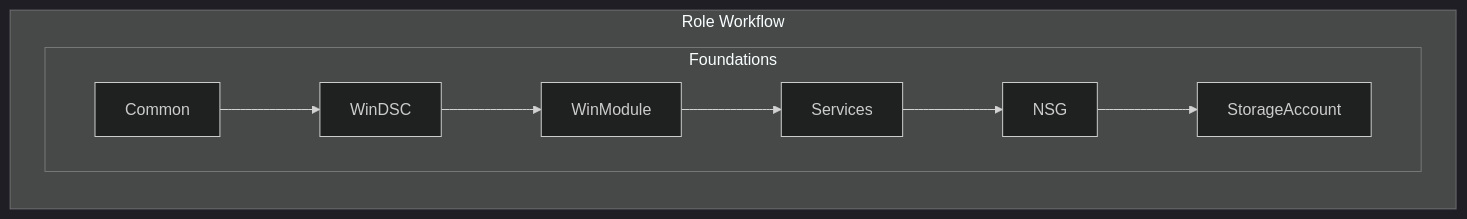
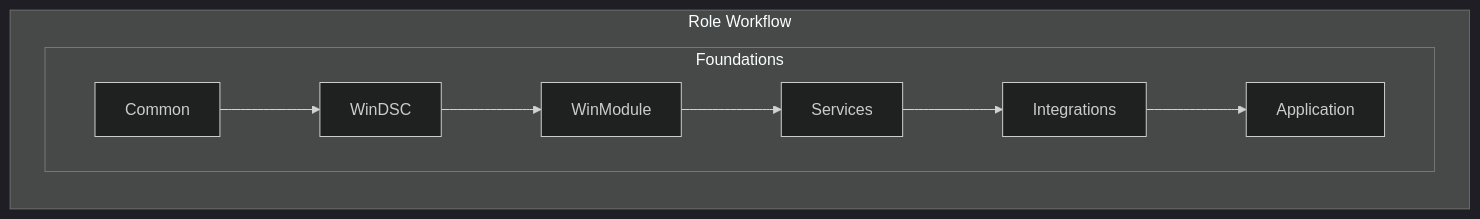
Before and after one commit to slagathor34/awx-lab: the diagram in ansible-WinRM-lab/README.md, drawn with Mermaid (dark theme). The commit also changed 1 other file, not shown here.

Commit message:
Update application and README

````diff
--- a/ansible-WinRM-lab/README.md
+++ b/ansible-WinRM-lab/README.md
@@ -72,13 +72,13 @@
 ``` mermaid
 flowchart LR
   subgraph Role Workflow
     subgraph Foundations
       Node0[Common] --> Node1[WinDSC]
       Node1[WinDSC] --> Node2[WinModule]
       Node2[WinModule] --> Node3[Services]
       Node3[Services] --> Node4[Integration]
-      Node4[NSG] --> Node5[StorageAccount]
+      Node4[Integrations] --> Node5[Application]
     end
   end
 
 ```
````
